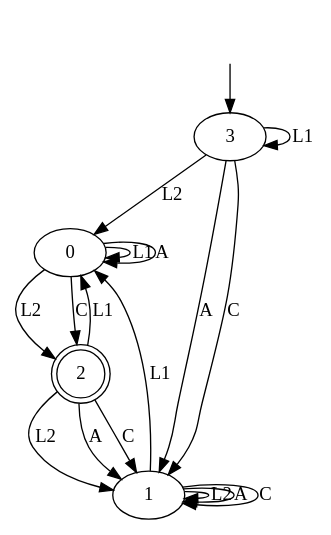
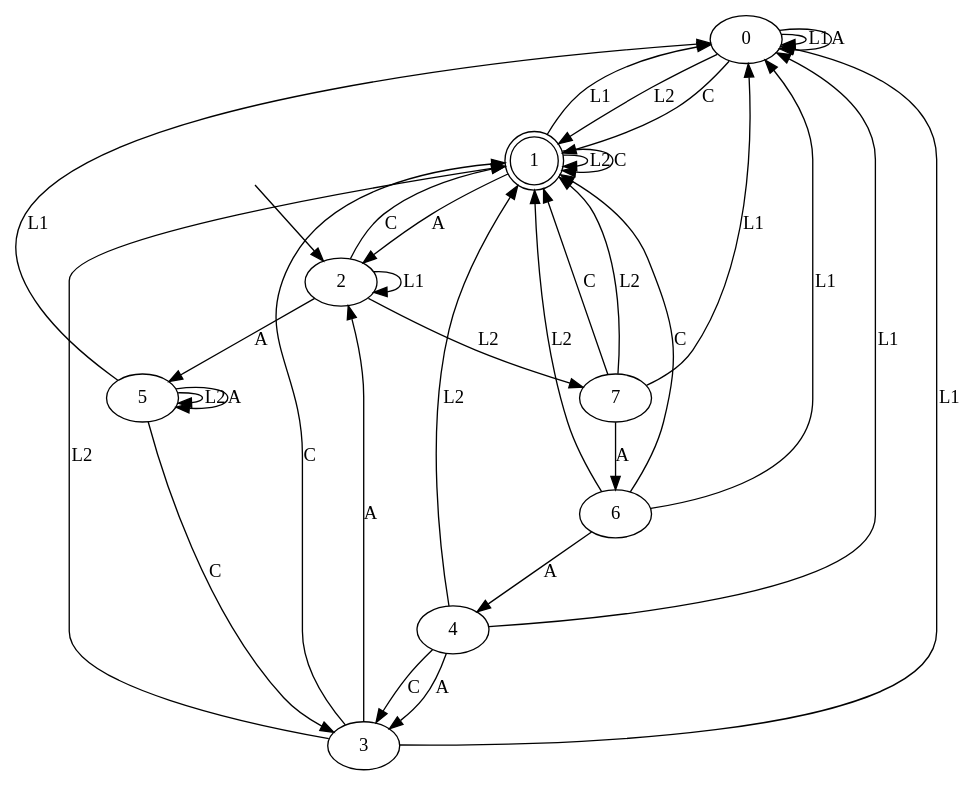
Before and after one commit to tomyaacov/lstar_dont_care: the diagram in output/magento_result_a_0.7.dot, drawn with Graphviz. The commit also changed 22 other files, not shown here.

```diff
--- a/output/magento_result_a_0.7.dot
+++ b/output/magento_result_a_0.7.dot
@@ -1,24 +1,44 @@
 digraph "output/magento_result_a_0.7" {
 0 [label=0];
-1 [label=1];
-2 [label=2, shape=doublecircle];
+1 [label=1, shape=doublecircle];
+2 [label=2];
 3 [label=3];
+4 [label=4];
+5 [label=5];
+6 [label=6];
+7 [label=7];
 0 -> 0  [label=L1];
-0 -> 2  [label=L2];
+0 -> 1  [label=L2];
 0 -> 0  [label=A];
-0 -> 2  [label=C];
+0 -> 1  [label=C];
 1 -> 0  [label=L1];
 1 -> 1  [label=L2];
-1 -> 1  [label=A];
+1 -> 2  [label=A];
 1 -> 1  [label=C];
-2 -> 0  [label=L1];
-2 -> 1  [label=L2];
-2 -> 1  [label=A];
+2 -> 2  [label=L1];
+2 -> 7  [label=L2];
+2 -> 5  [label=A];
 2 -> 1  [label=C];
-3 -> 3  [label=L1];
-3 -> 0  [label=L2];
-3 -> 1  [label=A];
+3 -> 0  [label=L1];
+3 -> 1  [label=L2];
+3 -> 2  [label=A];
 3 -> 1  [label=C];
+4 -> 0  [label=L1];
+4 -> 1  [label=L2];
+4 -> 3  [label=A];
+4 -> 3  [label=C];
+5 -> 0  [label=L1];
+5 -> 5  [label=L2];
+5 -> 5  [label=A];
+5 -> 3  [label=C];
+6 -> 0  [label=L1];
+6 -> 1  [label=L2];
+6 -> 4  [label=A];
+6 -> 1  [label=C];
+7 -> 0  [label=L1];
+7 -> 1  [label=L2];
+7 -> 6  [label=A];
+7 -> 1  [label=C];
 __start0 [label="", shape=none];
-__start0 -> 3  [label=""];
+__start0 -> 2  [label=""];
 }
```
